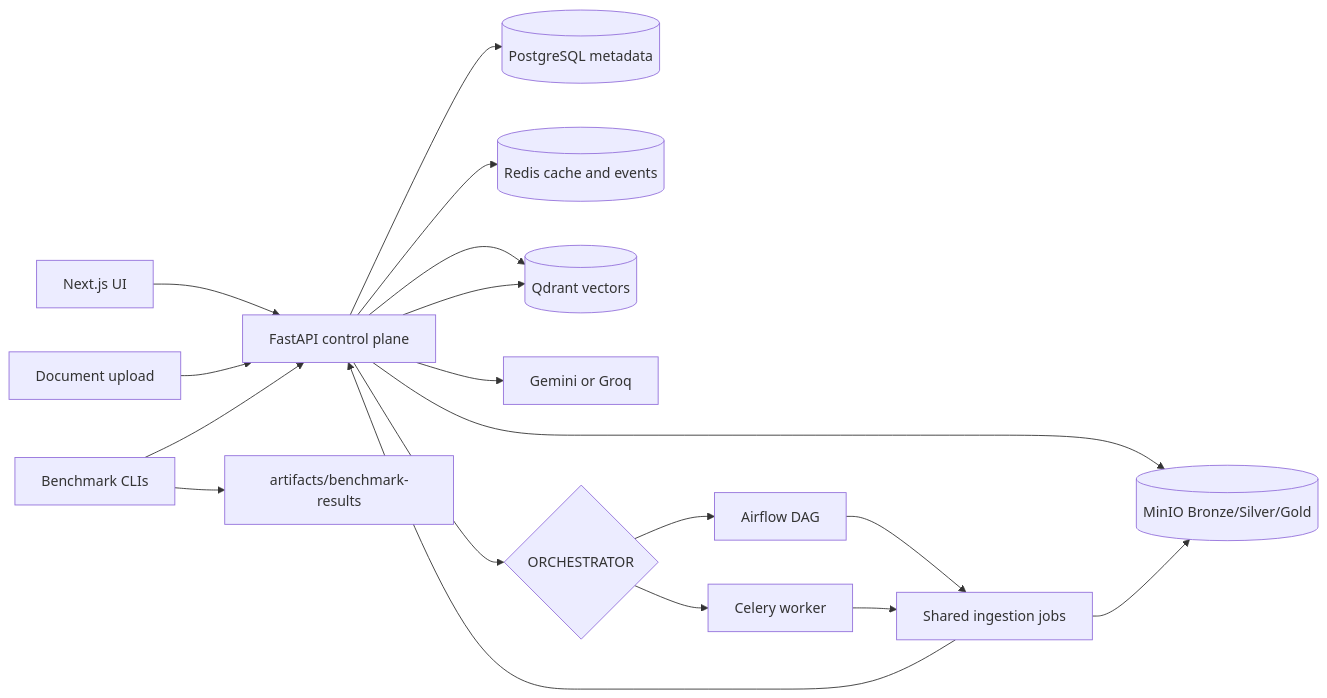
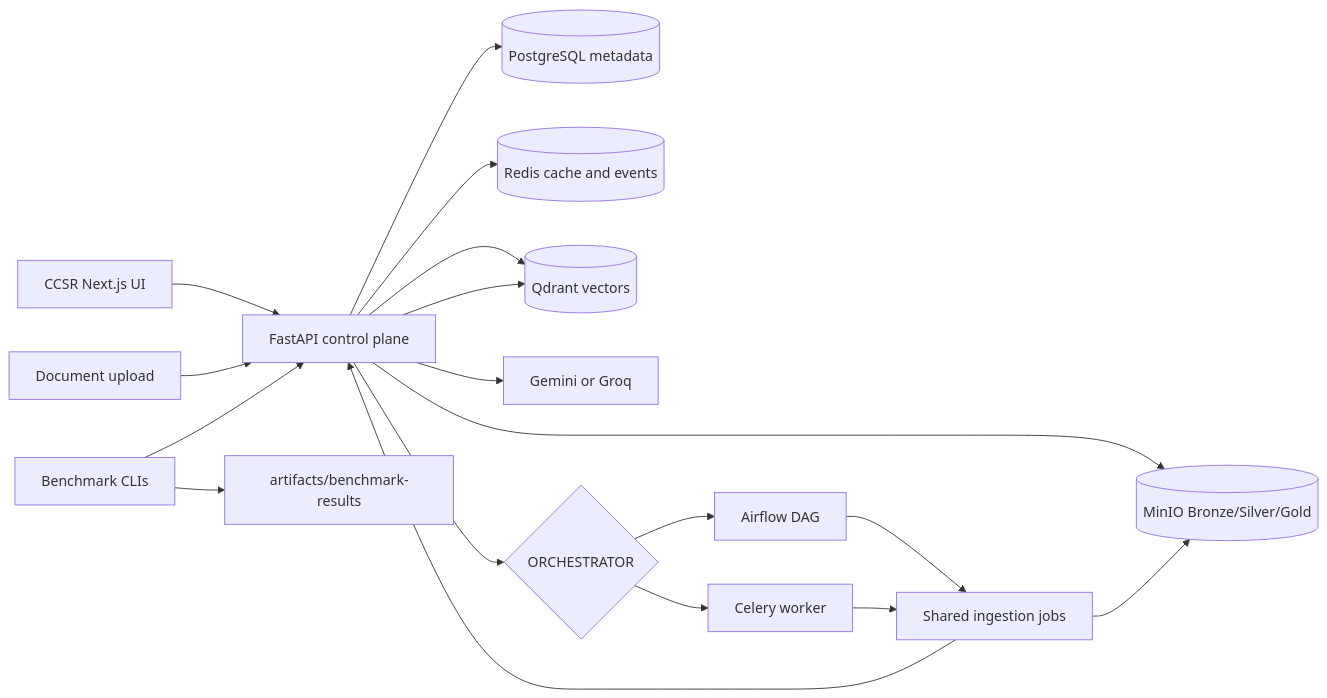
Before and after one commit to moad-cod/CCSR: the first of 2 diagrams in README.md, drawn with Mermaid. The commit also changed other lines of this file, not shown here.

Commit message:
Rebrand README around CCSR research platform direction

````diff
--- a/README.md
+++ b/README.md
@@ -88,22 +126,22 @@
 ```mermaid
 flowchart LR
-    UI[Next.js UI] --> API[FastAPI control plane]
+    UI[CCSR Next.js UI] --> API[FastAPI control plane]
     API --> PG[(PostgreSQL metadata)]
     API --> Redis[(Redis cache and events)]
     API --> Qdrant[(Qdrant vectors)]
     API --> LLM[Gemini or Groq]
 
     Upload[Document upload] --> API
     API --> MinIO[(MinIO Bronze/Silver/Gold)]
     API --> Orch{ORCHESTRATOR}
     Orch --> Airflow[Airflow DAG]
     Orch --> Celery[Celery worker]
     Airflow --> Jobs[Shared ingestion jobs]
     Celery --> Jobs
     Jobs --> MinIO
     Jobs --> API
     API --> Qdrant
 
     Eval[Benchmark CLIs] --> API
     Eval --> Artifacts[artifacts/benchmark-results]
 ```
````
